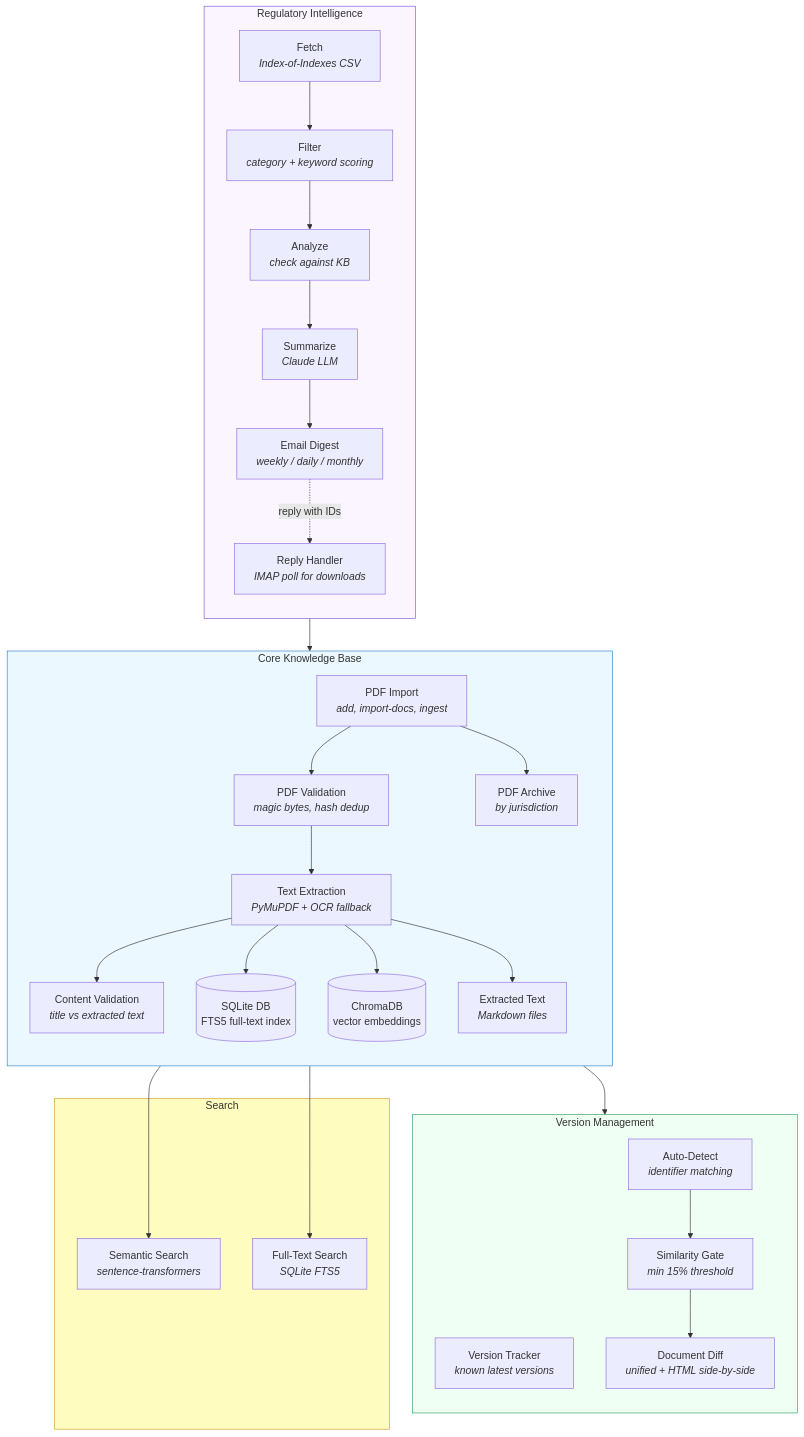
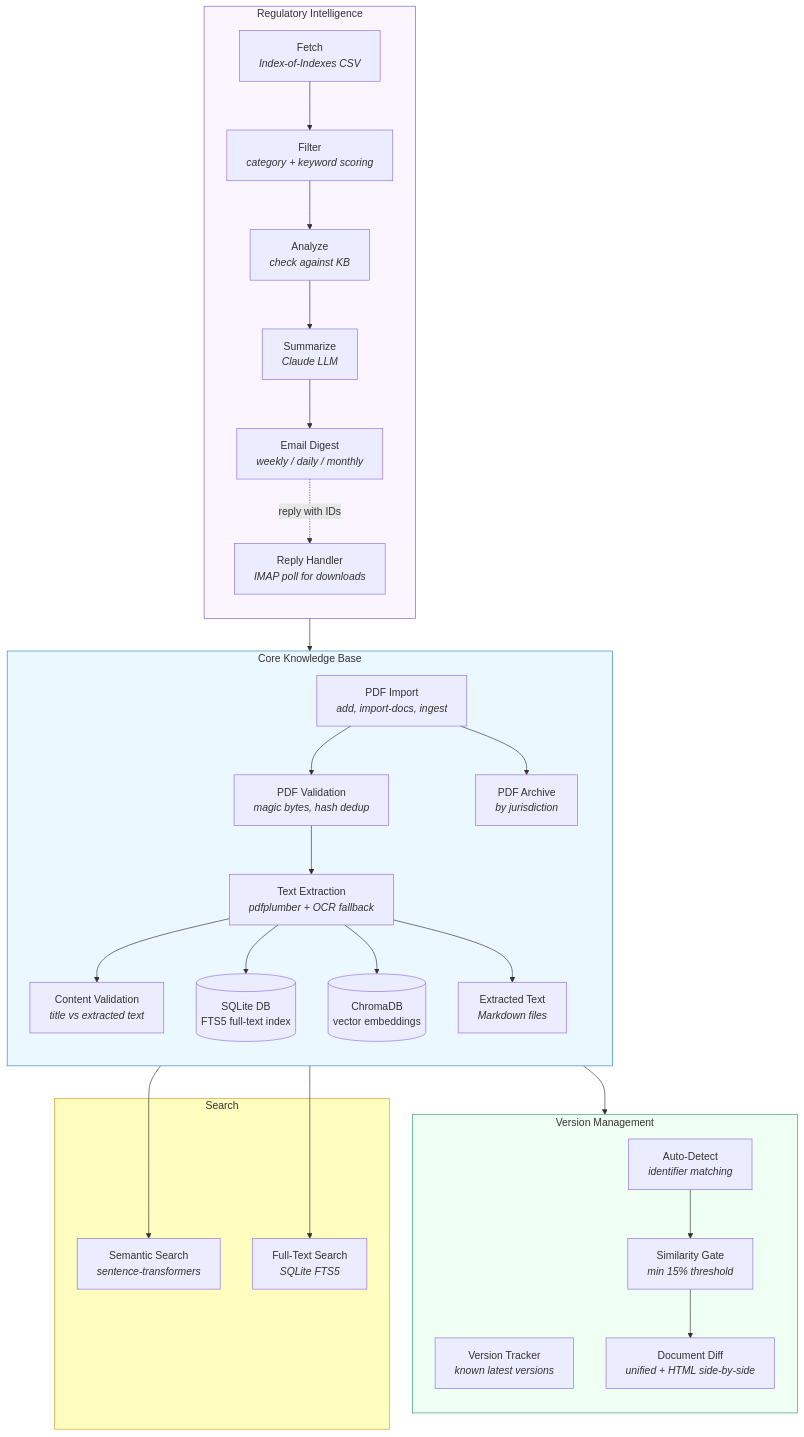
Before and after one commit to lisadonlon/RegulatoryKB: the diagram in README.md, drawn with Mermaid. The commit also changed other lines of this file and 12 other files, not shown here.

````diff
--- a/README.md
+++ b/README.md
@@ -9,59 +9,59 @@
 ```mermaid
 graph TB
     subgraph Core["Core Knowledge Base"]
         direction TB
         Import["PDF Import<br/><i>add, import-docs, ingest</i>"]
         Valid["PDF Validation<br/><i>magic bytes, hash dedup</i>"]
-        Extract["Text Extraction<br/><i>PyMuPDF + OCR fallback</i>"]
+        Extract["Text Extraction<br/><i>pdfplumber + OCR fallback</i>"]
         ContentVal["Content Validation<br/><i>title vs extracted text</i>"]
         DB[("SQLite DB<br/>FTS5 full-text index")]
         Chroma[("ChromaDB<br/>vector embeddings")]
         Archive["PDF Archive<br/><i>by jurisdiction</i>"]
         Extracted["Extracted Text<br/><i>Markdown files</i>"]
 
         Import --> Valid --> Extract
         Extract --> ContentVal
         Extract --> DB
         Extract --> Chroma
         Import --> Archive
         Extract --> Extracted
     end
 
     subgraph Version["Version Management"]
         direction TB
         VTrack["Version Tracker<br/><i>known latest versions</i>"]
         VDetect["Auto-Detect<br/><i>identifier matching</i>"]
         SimGate["Similarity Gate<br/><i>min 15% threshold</i>"]
         Diff["Document Diff<br/><i>unified + HTML side-by-side</i>"]
 
         VDetect --> SimGate --> Diff
     end
 
     subgraph Intel["Regulatory Intelligence"]
         direction TB
         Fetch["Fetch<br/><i>Index-of-Indexes CSV</i>"]
         Filter["Filter<br/><i>category + keyword scoring</i>"]
         Analyze["Analyze<br/><i>check against KB</i>"]
         Summarize["Summarize<br/><i>Claude LLM</i>"]
         Email["Email Digest<br/><i>weekly / daily / monthly</i>"]
         Reply["Reply Handler<br/><i>IMAP poll for downloads</i>"]
 
         Fetch --> Filter --> Analyze --> Summarize --> Email
         Reply --> Import
     end
 
     subgraph Search["Search"]
         Semantic["Semantic Search<br/><i>sentence-transformers</i>"]
         FTS["Full-Text Search<br/><i>SQLite FTS5</i>"]
     end
 
     DB --> FTS
     Chroma --> Semantic
     Extract --> VDetect
     Email -.->|"reply with IDs"| Reply
 
     style Core fill:#ebf8ff,stroke:#3182ce
     style Intel fill:#faf5ff,stroke:#805ad5
     style Version fill:#f0fff4,stroke:#38a169
     style Search fill:#fefcbf,stroke:#d69e2e
 ```
````
